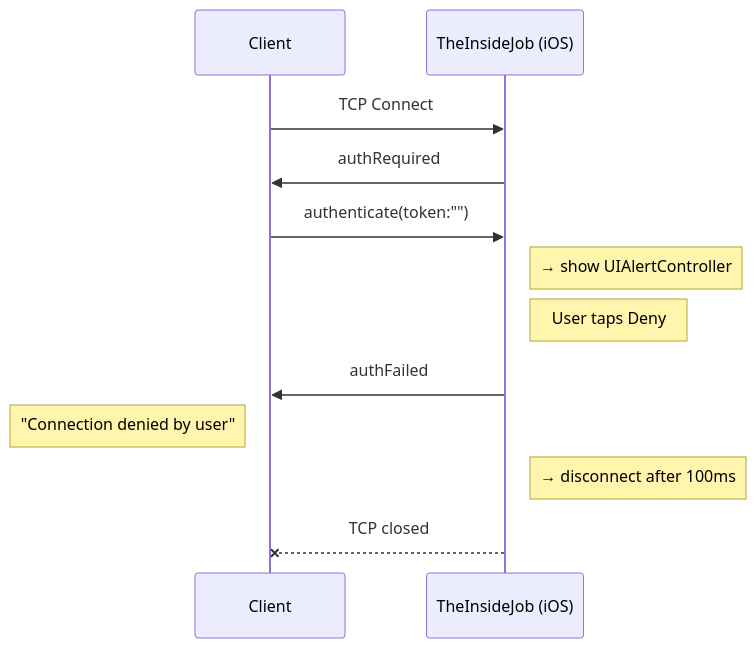
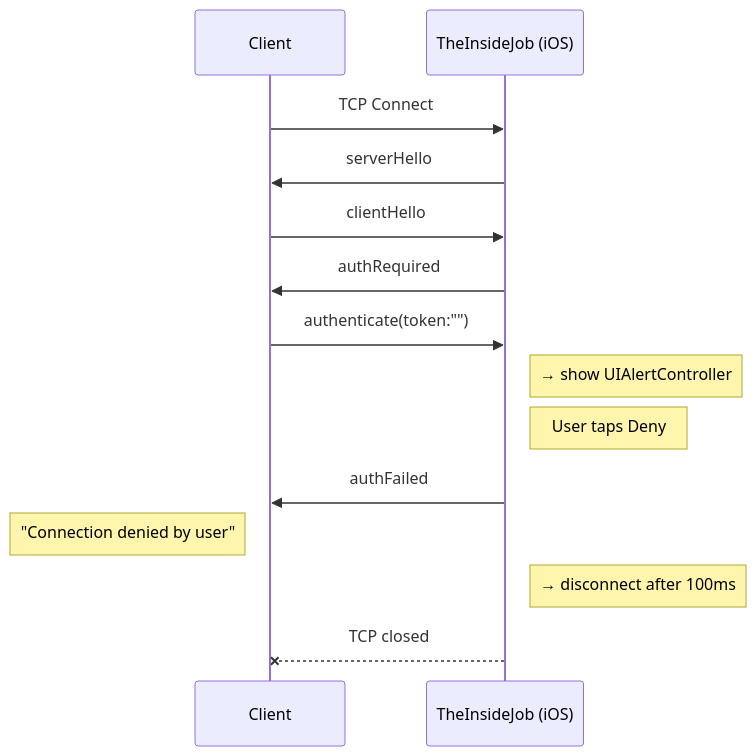
Before and after one commit to RoyalPineapple/TheButtonHeist: the fourth of 7 diagrams in docs/AUTH.md, drawn with Mermaid. The commit also changed other lines of this file and 30 other files, not shown here.

````diff
--- a/docs/AUTH.md
+++ b/docs/AUTH.md
@@ -115,15 +118,17 @@
 ```mermaid
 sequenceDiagram
     participant Client
     participant TheInsideJob as TheInsideJob (iOS)
 
     Client->>TheInsideJob: TCP Connect
+    TheInsideJob->>Client: serverHello
+    Client->>TheInsideJob: clientHello
     TheInsideJob->>Client: authRequired
     Client->>TheInsideJob: authenticate(token:"")
     Note right of TheInsideJob: → show UIAlertController
     Note right of TheInsideJob: User taps Deny
     TheInsideJob->>Client: authFailed
     Note left of Client: "Connection denied by user"
     Note right of TheInsideJob: → disconnect after 100ms
     TheInsideJob--xClient: TCP closed
 ```
````
